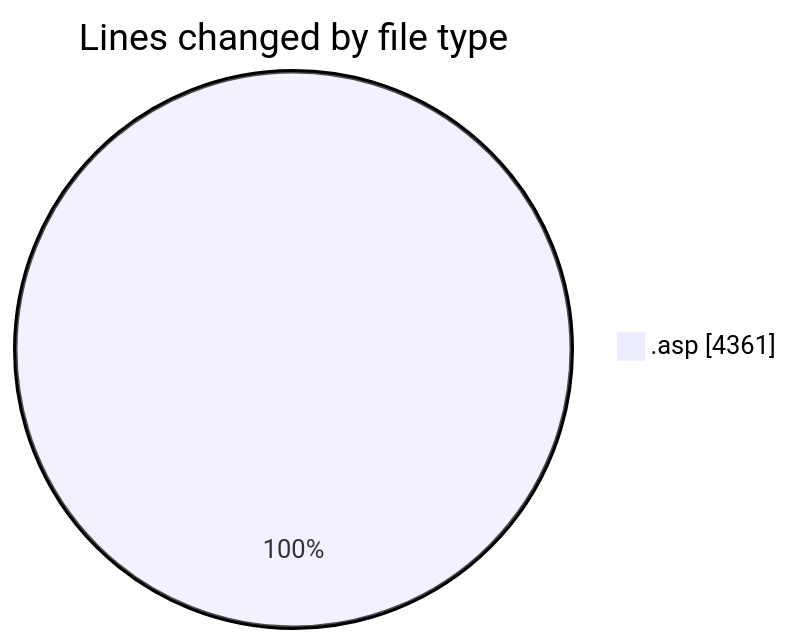
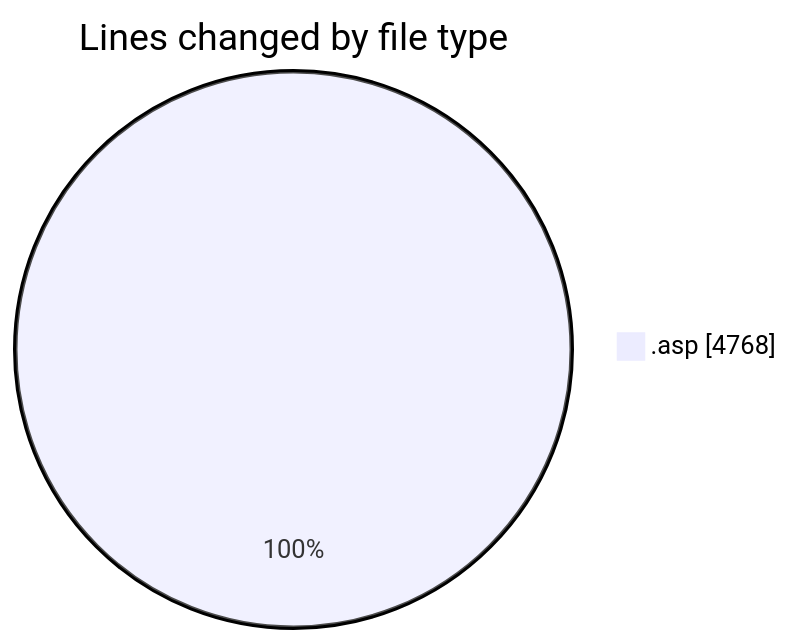
The first of 2 diagrams in 2025-11-10/cdp_aleoudev_fr__workspace_/README.md (julien-gomy/code-tracking), drawn with Mermaid before and after one commit. The commit also changed other lines of this file and 1 other file, not shown here.

````diff
--- a/2025-11-10/cdp_aleoudev_fr__workspace_/README.md
+++ b/2025-11-10/cdp_aleoudev_fr__workspace_/README.md
@@ -31,5 +32,5 @@
 ```mermaid
 pie showData
 title Lines changed by file type
-".asp" : 4361
+".asp" : 4768
 ```
````
